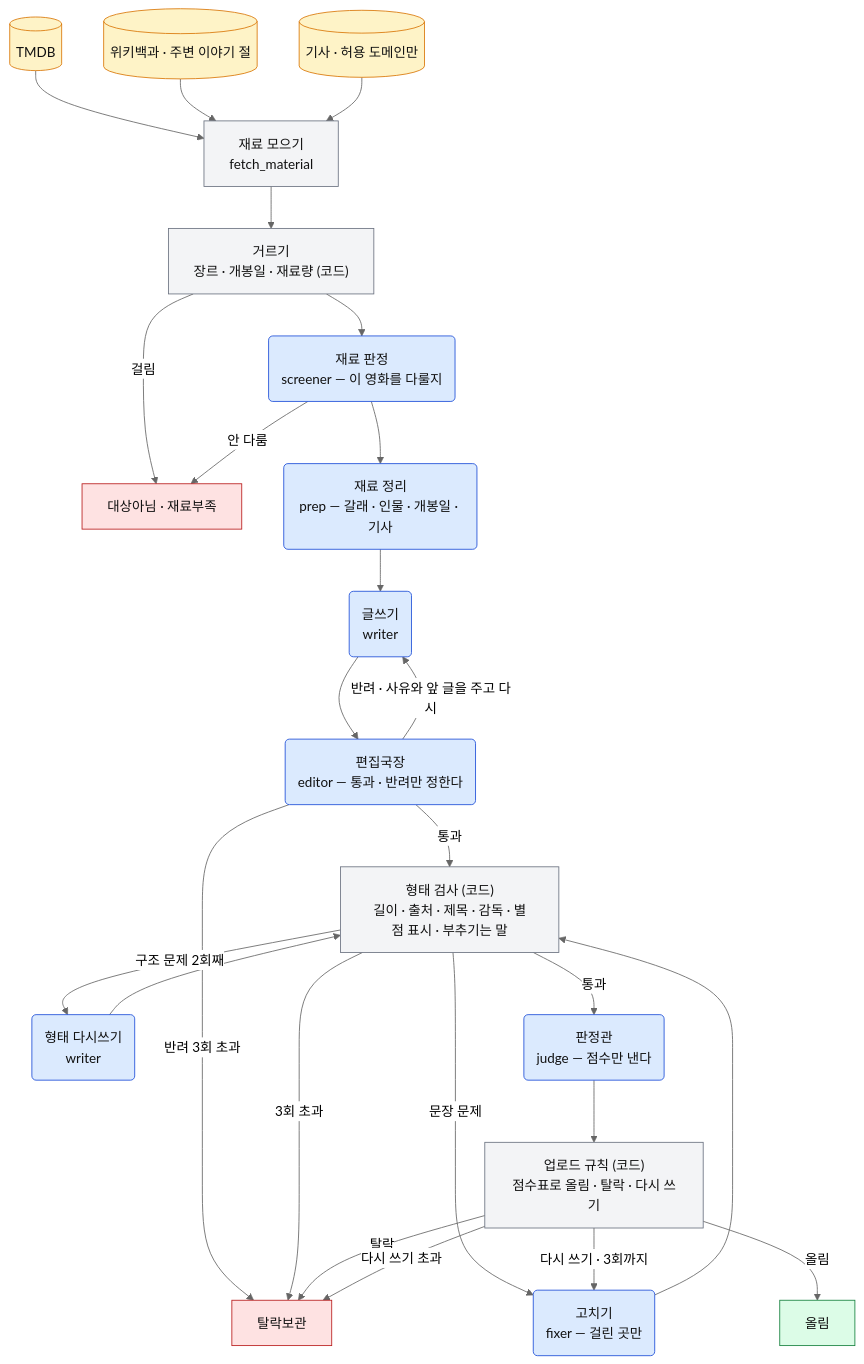
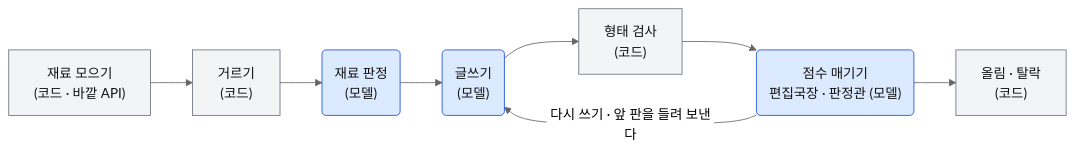
The first of 6 diagrams in agent/README.md (Por0ri/me-and-nu), drawn with Mermaid (neutral theme) before and after one commit. The commit also changed other lines of this file, not shown here.

````diff
--- a/agent/README.md
+++ b/agent/README.md
@@ -90,37 +96,13 @@
 ```mermaid
-flowchart TD
+flowchart LR
     classDef llm  fill:#dbeafe,stroke:#1d4ed8,color:#111
     classDef code fill:#f3f4f6,stroke:#6b7280,color:#111
-    classDef src  fill:#fef3c7,stroke:#d97706,color:#111
-    classDef ok   fill:#dcfce7,stroke:#15803d,color:#111
-    classDef drop fill:#fee2e2,stroke:#b91c1c,color:#111
 
-    TMDB[("TMDB")]:::src
-    WIKI[("위키백과 · 주변 이야기 절")]:::src
-    NEWS[("기사 · 허용 도메인만")]:::src
-    TMDB --> M
-    WIKI --> M
-    NEWS --> M
-    M["재료 모으기<br/>fetch_material"]:::code
-    M --> G["거르기<br/>장르 · 개봉일 · 재료량 (코드)"]:::code
-    G -->|걸림| X1["대상아님 · 재료부족"]:::drop
-    G --> S("재료 판정<br/>screener — 이 영화를 다룰지"):::llm
-    S -->|안 다룸| X1
-    S --> P("재료 정리<br/>prep — 갈래 · 인물 · 개봉일 · 기사"):::llm
-    P --> W("글쓰기<br/>writer"):::llm
-    W --> E("편집국장<br/>editor — 통과 · 반려만 정한다"):::llm
-    E -->|반려 · 사유와 앞 글을 주고 다시| W
-    E -->|반려 3회 초과| X2[탈락보관]:::drop
-    E -->|통과| SH["형태 검사 (코드)<br/>길이 · 출처 · 제목 · 감독 · 별점 표시 · 부추기는 말"]:::code
-    SH -->|문장 문제| F("고치기<br/>fixer — 걸린 곳만"):::llm
-    SH -->|구조 문제 2회째| RW("형태 다시쓰기<br/>writer"):::llm
-    F --> SH
-    RW --> SH
-    SH -->|3회 초과| X2
-    SH -->|통과| J("판정관<br/>judge — 점수만 낸다"):::llm
-    J --> V["업로드 규칙 (코드)<br/>점수표로 올림 · 탈락 · 다시 쓰기"]:::code
-    V -->|올림| OK[올림]:::ok
-    V -->|탈락| X2
-    V -->|다시 쓰기 · 3회까지| F
-    V -->|다시 쓰기 초과| X2
+    A["재료 모으기<br/>(코드 · 바깥 API)"]:::code --> B["거르기<br/>(코드)"]:::code
+    B --> C("재료 판정<br/>(모델)"):::llm
+    C --> D("글쓰기<br/>(모델)"):::llm
+    D --> E["형태 검사<br/>(코드)"]:::code
+    E --> F("점수 매기기<br/>편집국장 · 판정관 (모델)"):::llm
+    F -->|다시 쓰기 · 앞 판을 들려 보낸다| D
+    F --> G["올림 · 탈락<br/>(코드)"]:::code
 ```
````
